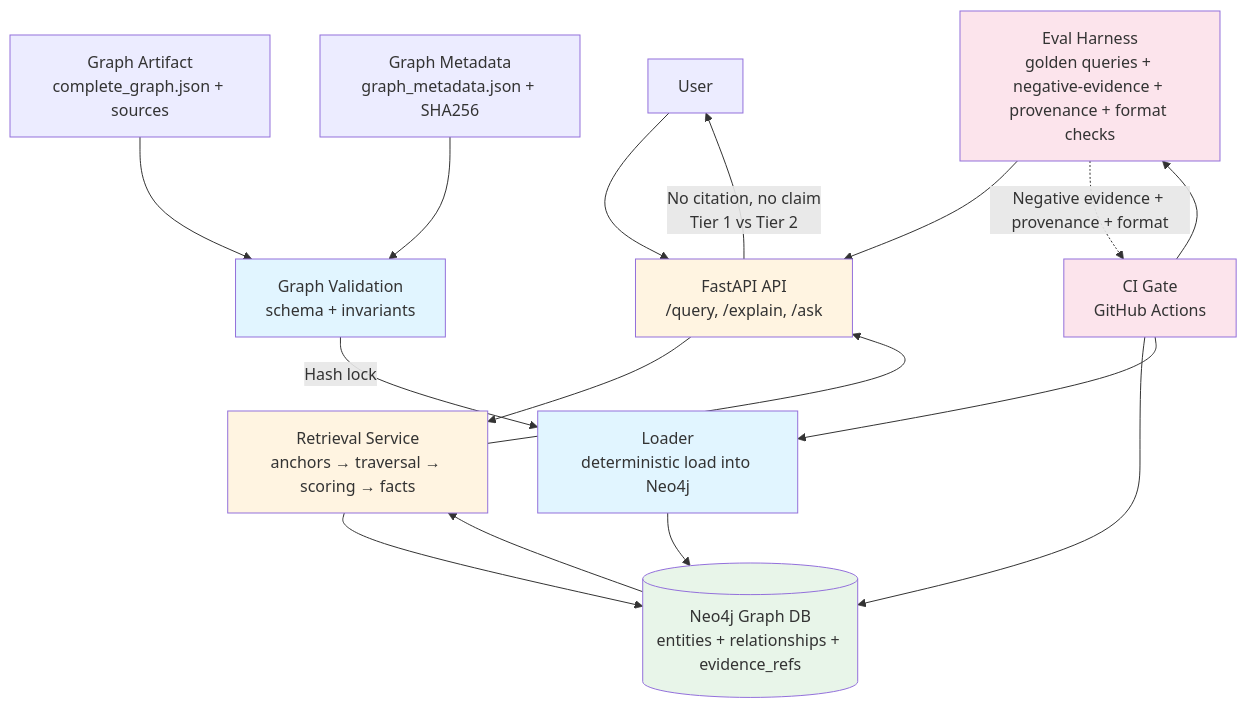
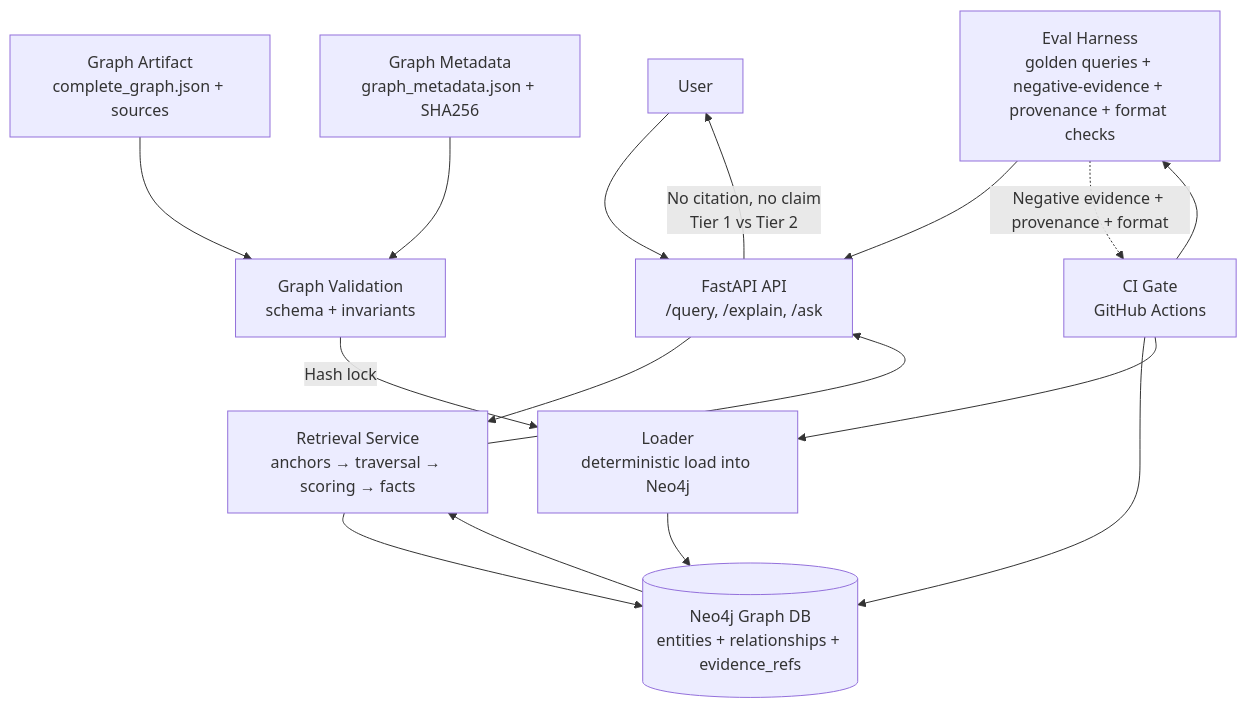
The diagram in README.md (ikatyal2110/prod-graph-rag), drawn with Mermaid before and after one commit. The commit also changed other lines of this file and 1 other file, not shown here.

````diff
--- a/README.md
+++ b/README.md
@@ -112,39 +18,31 @@
 ```mermaid
 flowchart TD
     User[User]
     FastAPI[FastAPI API<br/>/query, /explain, /ask]
     Retrieval[Retrieval Service<br/>anchors → traversal → scoring → facts]
     Neo4j[(Neo4j Graph DB<br/>entities + relationships + evidence_refs)]
     GraphArtifact[Graph Artifact<br/>complete_graph.json + sources]
     GraphMetadata[Graph Metadata<br/>graph_metadata.json + SHA256]
     GraphValidation[Graph Validation<br/>schema + invariants]
     Loader[Loader<br/>deterministic load into Neo4j]
     EvalHarness[Eval Harness<br/>golden queries + negative-evidence + provenance + format checks]
     CIGate[CI Gate<br/>GitHub Actions]
-    
+
     GraphArtifact --> GraphValidation
     GraphMetadata --> GraphValidation
     GraphValidation -->|Hash lock| Loader
     Loader --> Neo4j
-    
+
     User --> FastAPI
     FastAPI --> Retrieval
     Retrieval --> Neo4j
     Neo4j --> Retrieval
     Retrieval --> FastAPI
     FastAPI -->|No citation, no claim<br/>Tier 1 vs Tier 2| User
-    
+
     EvalHarness --> FastAPI
     CIGate --> Neo4j
     CIGate --> Loader
     CIGate --> EvalHarness
     EvalHarness -.->|Negative evidence + provenance + format| CIGate
-    
-    style GraphValidation fill:#e1f5ff
-    style Loader fill:#e1f5ff
-    style FastAPI fill:#fff4e1
-    style Retrieval fill:#fff4e1
-    style Neo4j fill:#e8f5e9
-    style EvalHarness fill:#fce4ec
-    style CIGate fill:#fce4ec
 ```
````
